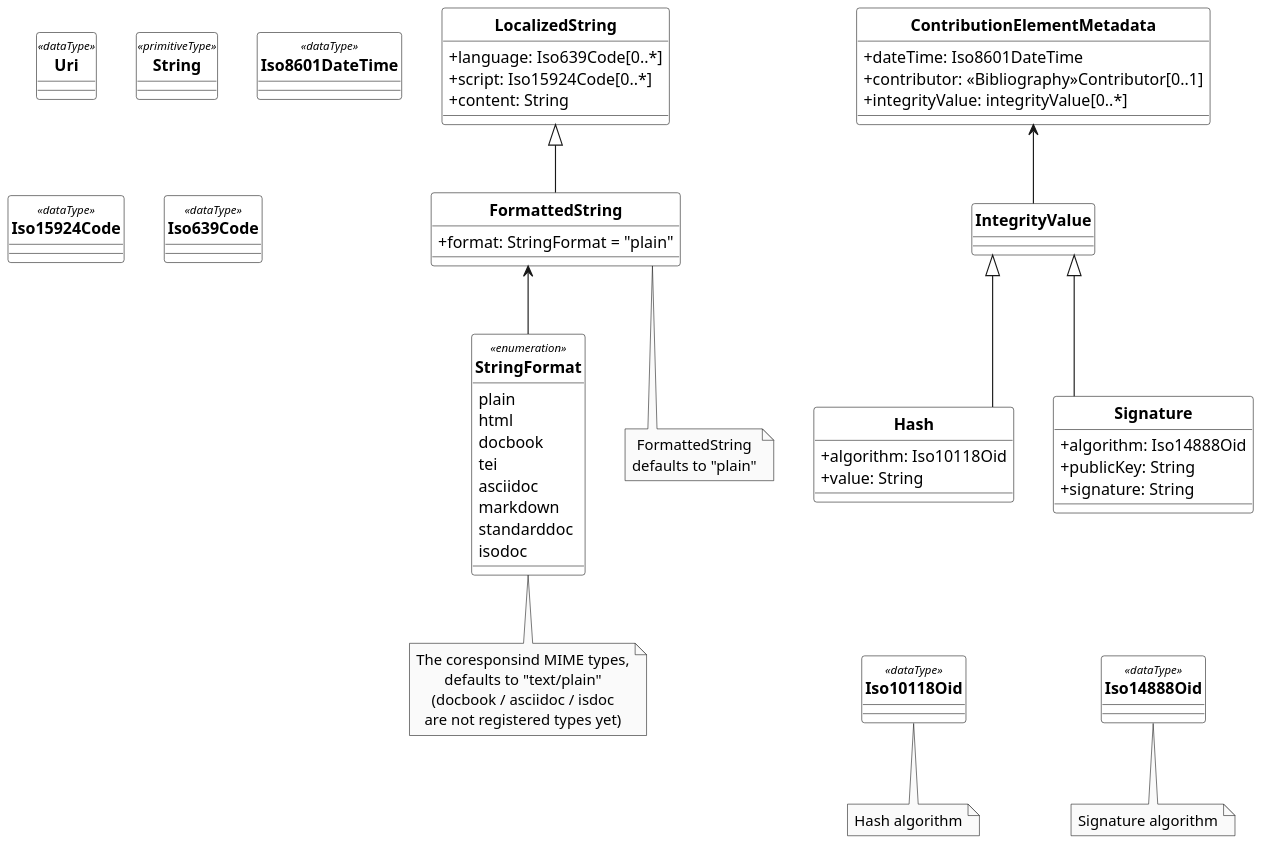
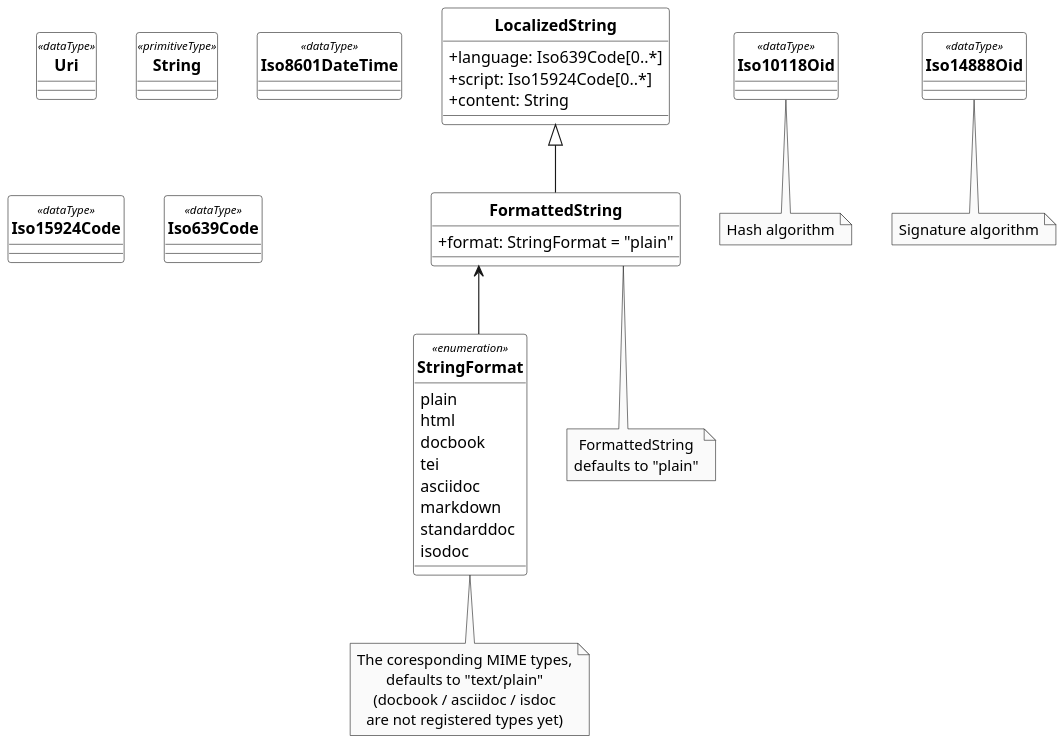
The diagram in basicdoc_uml/DataTypes.wsd (CalConnect/csd-standard-doc), drawn with PlantUML before and after one commit. The commit also changed 9 other files, not shown here.

```diff
--- a/basicdoc_uml/DataTypes.wsd
+++ b/basicdoc_uml/DataTypes.wsd
@@ -1,145 +1,115 @@
 @startuml DataTypes
 /'
 Diagram:        DataTypes
 DateCreate:     28/07/2018
 Description:    BasicDocument / SecureDoc is a family of document models that forms the basis of Metanorma IsoDoc (via Metanorma StandardDocument), which is used to represent ISO Standards and similarly structured standards.
                 It is also the document model that Selagraph operates on.
                 The Relaton Bibliography UML models used in these models are located here: Relaton BibModels.
                 BasicDocument itself is a document model that can serve as a transit data structure for document conversion, such as taking input from AsciiDoc or Markdown and converting them into an output format, such as Metanorma IsoDoc
 
 Hystory of changes:
 > 22/08/2018
     - diagram configuration updated
     - notes are updated for "FormattedString"
     - some relations between the elements are changed
     - new hidden relations are created
 '/
 
 '******* CONFIGURATION ************************************************
 skinparam classAttributeIconSize 0
 skinparam Dpi 150
 skinparam Monochrome true
 skinparam LineType ortho
 hide circle
 /' skinparam CircledCharacterRadius 0 '/
 /' skinparam CircledCharacterFontSize 0 '/
 skinparam Default {
 TextAlignment center
 FontName Helvetica
 }
 skinparam Class {
 AttributeIconSize 0
 BackgroundColor White
 FontStyle bold
 StereotypeFontSize 10
 }
 skinparam Rectangle {
 BackgroundColor White
 FontStyle bold
 FontSize 11
 StereotypeFontSize 10
 }
 skinparam Object {
 BackgroundColor White
 FontStyle bold
 FontSize 11
 StereotypeFontSize 10
 }
 
 skinparam Entity {
 StereotypeFontSize 10
 }
 
 '******* CLASS DEFINITION *********************************************
 class LocalizedString {
     +language: Iso639Code[0..*]
     +script: Iso15924Code[0..*]
     +content: String
 }
 
 class Uri <<dataType>> {
 
 }
 
 class String <<primitiveType>> {
 
 }
 
 class FormattedString {
     +format: StringFormat = "plain"
 }
 
 class Iso8601DateTime <<dataType>> {
 
 }
 
 class Iso15924Code <<dataType>> {
 
 }
 
 class Iso639Code <<dataType>> {
 
 }
 
 class Iso10118Oid <<dataType>> {
 
 }
 
 class Iso14888Oid <<dataType>> {
 
 }
 
-class ContributionElementMetadata {
-    +dateTime: Iso8601DateTime
-    +contributor: <<Bibliography>>Contributor[0..1]
-    +integrityValue: integrityValue[0..*]
-
-}
-
-class IntegrityValue {
-
-}
-
-class Hash {
-    +algorithm: Iso10118Oid
-    +value: String
-}
-
-class Signature {
-    +algorithm: Iso14888Oid
-    +publicKey: String
-    +signature: String
-
-}
-
 enum StringFormat <<enumeration>> {
     plain
     html
     docbook
     tei
     asciidoc
     markdown
     standarddoc
     isodoc
 }
 
 
 '******* NOTES *******************************************************
 note bottom of Iso10118Oid: Hash algorithm
 note bottom of Iso14888Oid: Signature algorithm
 note bottom of FormattedString: FormattedString\ndefaults to "plain"
-note bottom of StringFormat: The coresponsind MIME types,\ndefaults to "text/plain"\n(docbook / asciidoc / isdoc\nare not registered types yet)
+note bottom of StringFormat: The coresponding MIME types,\ndefaults to "text/plain"\n(docbook / asciidoc / isdoc\nare not registered types yet)
 
 
 '******* CLASS RELATIONS *********************************************
 LocalizedString <|-- FormattedString
 FormattedString <-- StringFormat
 
-ContributionElementMetadata <-- IntegrityValue
-IntegrityValue <|-- Hash
-IntegrityValue <|-- Signature
-
- Hash -[hidden]- Iso10118Oid
- Signature -[hidden]- Iso14888Oid
-
 @enduml
```
